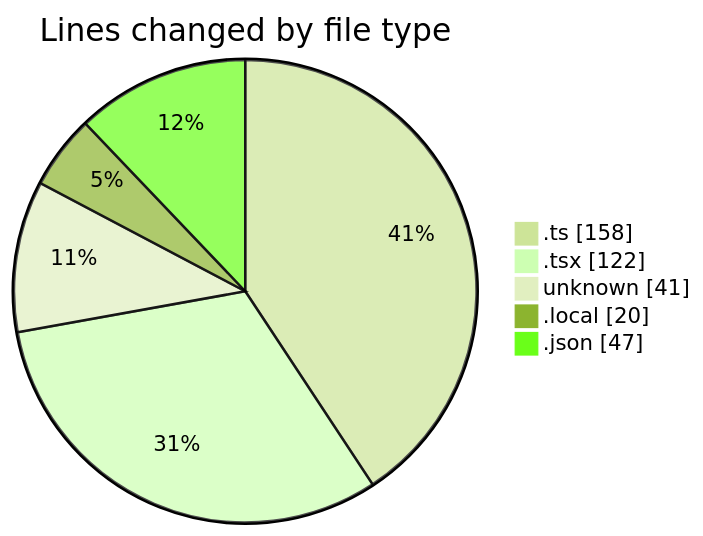
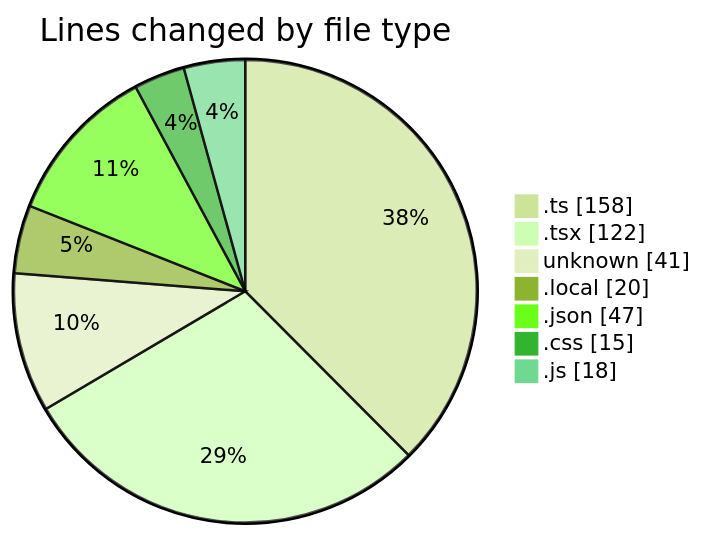
Before and after one commit to momahboobian/code-tracking: the first of 2 diagrams in 2026-02-26/car_database/README.md, drawn with Mermaid (forest theme). The commit also changed other lines of this file and 1 other file, not shown here.

````diff
--- a/2026-02-26/car_database/README.md
+++ b/2026-02-26/car_database/README.md
@@ -26,9 +28,11 @@
 ```mermaid
 pie showData
 title Lines changed by file type
 ".ts" : 158
 ".tsx" : 122
 "unknown" : 41
 ".local" : 20
 ".json" : 47
+".css" : 15
+".js" : 18
 ```
````
